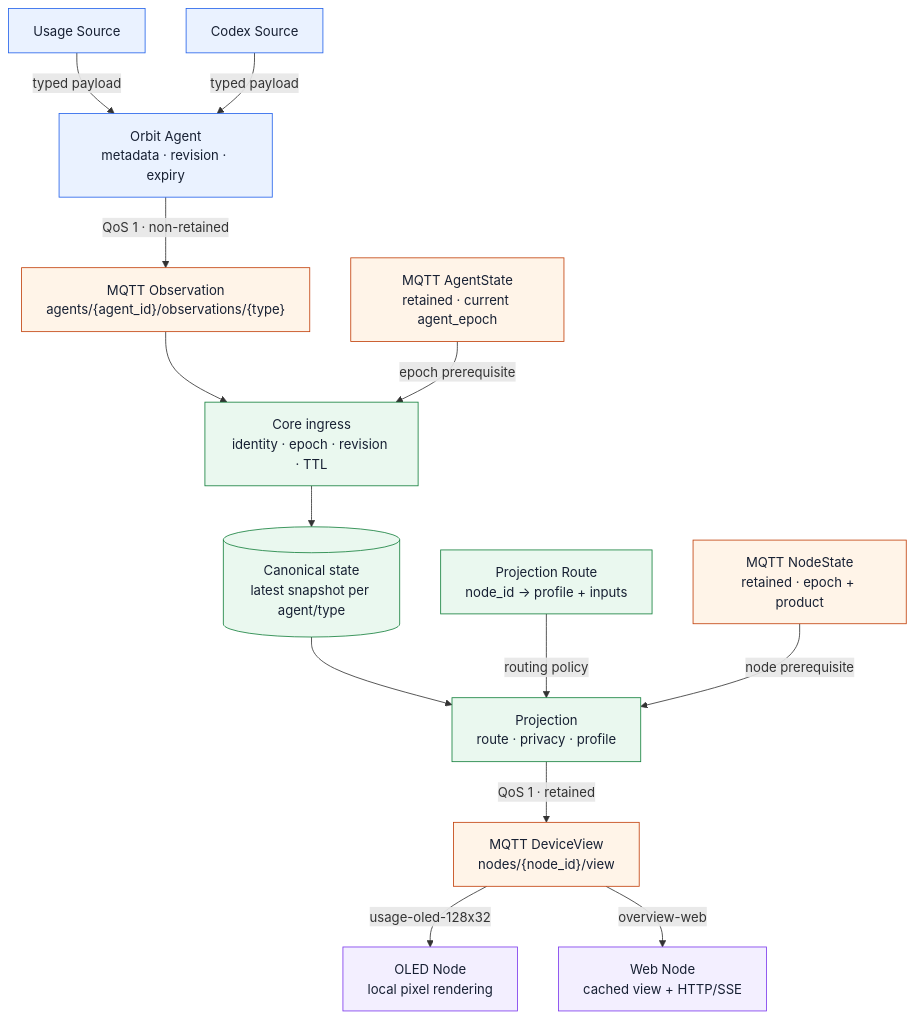
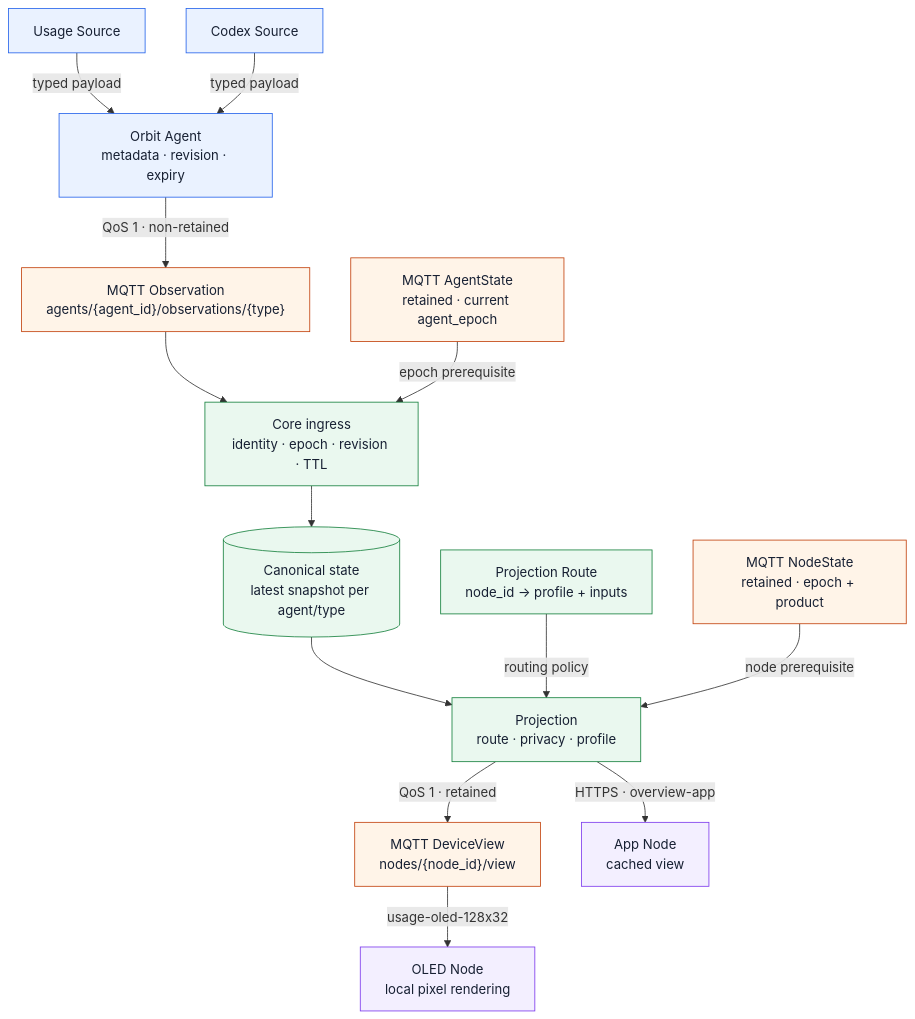
One commit to leowzz/orbit changed the first of 6 diagrams in docs/design.md. Above: the diagram before and after it, drawn with Mermaid. The commit also changed other lines of this file and 52 other files, not shown here.

Commit message:
refactor(architecture): retire standalone orbit-web service

````diff
--- a/docs/design.md
+++ b/docs/design.md
@@ -67,24 +70,24 @@
 ```mermaid
 flowchart TB
     Usage["Usage Source"] -->|"typed payload"| Agent["Orbit Agent<br/>metadata · revision · expiry"]
     Codex["Codex Source"] -->|"typed payload"| Agent
     Agent -->|"QoS 1 · non-retained"| Observation["MQTT Observation<br/>agents/{agent_id}/observations/{type}"]
     Observation --> Ingress["Core ingress<br/>identity · epoch · revision · TTL"]
     AgentState["MQTT AgentState<br/>retained · current agent_epoch"] -->|"epoch prerequisite"| Ingress
     Ingress --> Canonical[("Canonical state<br/>latest snapshot per agent/type")]
     Canonical --> Projector["Projection<br/>route · privacy · profile"]
     Route["Projection Route<br/>node_id → profile + inputs"] -->|"routing policy"| Projector
     NodeState["MQTT NodeState<br/>retained · epoch + product"] -->|"node prerequisite"| Projector
     Projector -->|"QoS 1 · retained"| View["MQTT DeviceView<br/>nodes/{node_id}/view"]
     View -->|"usage-oled-128x32"| OLED["OLED Node<br/>local pixel rendering"]
-    View -->|"overview-web"| Web["Web Node<br/>cached view + HTTP/SSE"]
+    Projector -->|"HTTPS · overview-app"| Web["App Node<br/>cached view"]
 
     classDef host fill:#eaf2ff,stroke:#2563eb,color:#172033
     classDef topic fill:#fff4e8,stroke:#c2410c,color:#172033
     classDef core fill:#eaf8ef,stroke:#15803d,color:#172033
     classDef node fill:#f3efff,stroke:#7c3aed,color:#172033
     class Usage,Codex,Agent host
     class Observation,AgentState,NodeState,View topic
     class Ingress,Canonical,Projector,Route core
     class OLED,Web node
 ```
````
